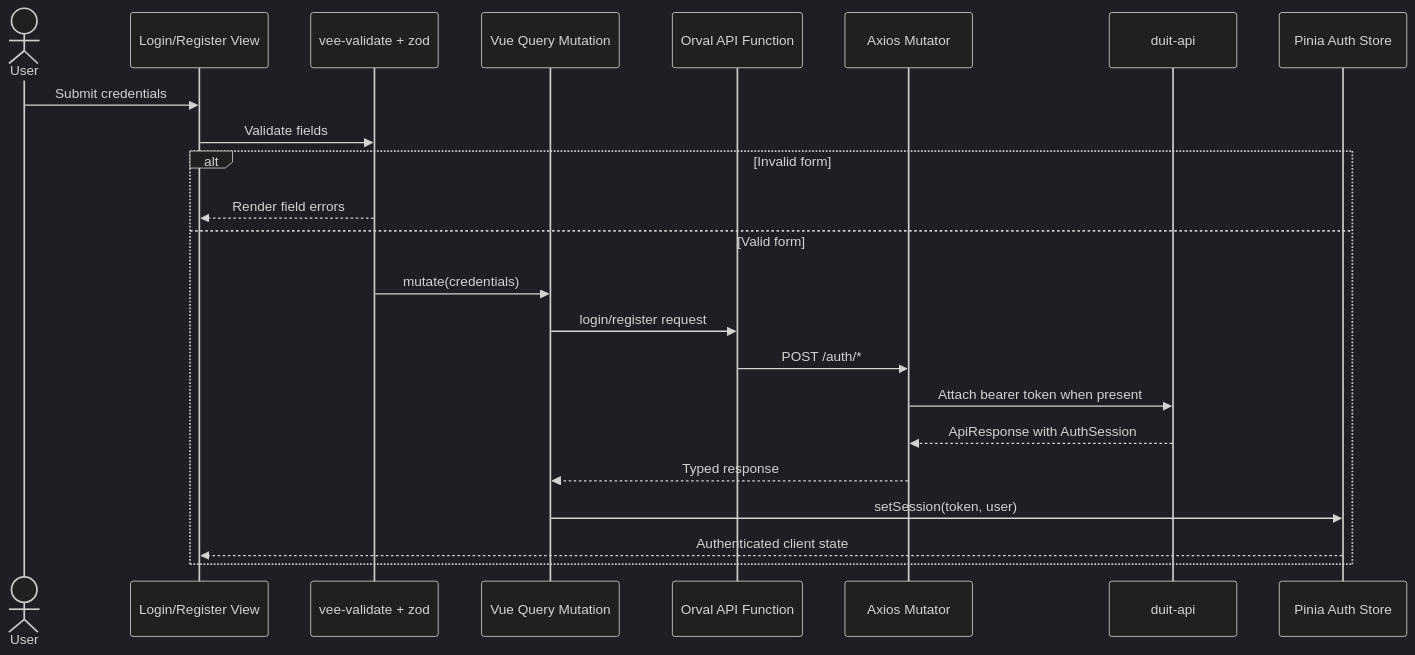
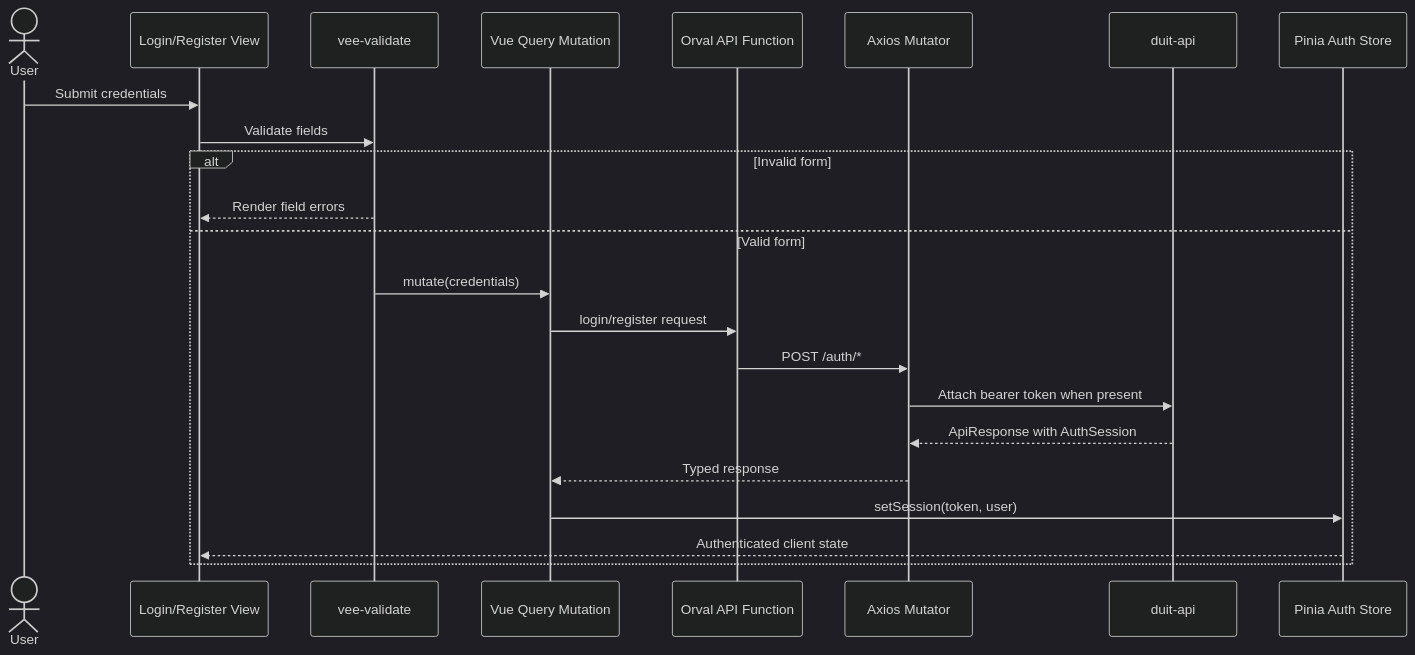
One commit to JaedenTYY/duit-web changed the second of 2 diagrams in README.md. Above: the diagram before and after it, drawn with Mermaid (dark theme). The commit also changed other lines of this file and 5 other files, not shown here.

````diff
--- a/README.md
+++ b/README.md
@@ -91,26 +91,26 @@
 ```mermaid
 sequenceDiagram
     actor User
     participant View as Login/Register View
-    participant Form as vee-validate + zod
+    participant Form as vee-validate
     participant Query as Vue Query Mutation
     participant Client as Orval API Function
     participant Axios as Axios Mutator
     participant API as duit-api
     participant Store as Pinia Auth Store
 
     User->>View: Submit credentials
     View->>Form: Validate fields
     alt Invalid form
         Form-->>View: Render field errors
     else Valid form
         Form->>Query: mutate(credentials)
         Query->>Client: login/register request
         Client->>Axios: POST /auth/*
         Axios->>API: Attach bearer token when present
         API-->>Axios: ApiResponse with AuthSession
         Axios-->>Query: Typed response
         Query->>Store: setSession(token, user)
         Store-->>View: Authenticated client state
     end
 ```
````
